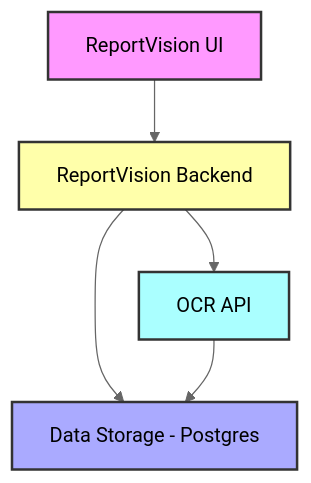
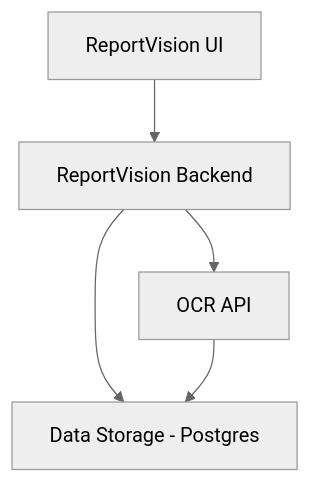
The diagram in user_guide.md (CDCgov/ReportVision), drawn with Mermaid (neutral theme) before and after one commit.

Commit message:
added UI with mermaid(3)

````diff
--- a/user_guide.md
+++ b/user_guide.md
@@ -33,19 +33,7 @@
 ```mermaid
 flowchart TD
     A[ReportVision UI] --> B[ReportVision Backend]
     B --> C[OCR API]
     B --> D[Data Storage - Postgres]
     C --> D
-
-    %% Add notes for clarification
-    A:::ui_style
-    B:::backend_style
-    C:::ocr_style
-    D:::storage_style
-
-    %% Define custom styles for better visualization
-    classDef ui_style fill:#f9f,stroke:#333,stroke-width:2px;
-    classDef backend_style fill:#ffa,stroke:#333,stroke-width:2px;
-    classDef ocr_style fill:#aff,stroke:#333,stroke-width:2px;
-    classDef storage_style fill:#aaf,stroke:#333,stroke-width:2px;
 ```
````
